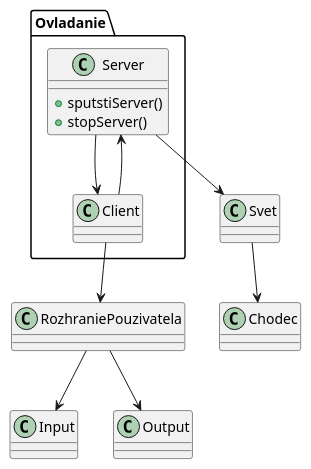
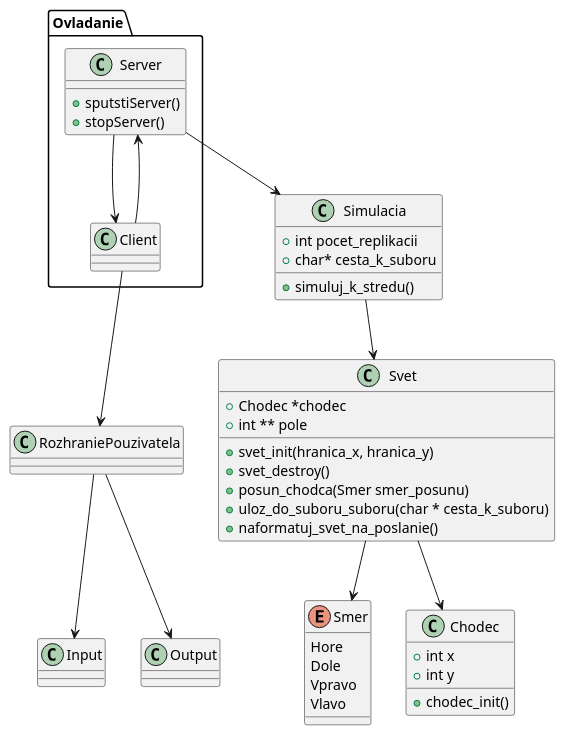
Before and after one commit to Enerek27/Semestralka-POS: the diagram in UML/diagramUML.puml, drawn with PlantUML. The commit also changed 2 other files, not shown here.

Commit message:
zakladne uml

```diff
--- a/UML/diagramUML.puml
+++ b/UML/diagramUML.puml
@@ -1,47 +1,72 @@
 @startuml
 
 
 package Ovladanie {
 
     class Server {
         +sputstiServer()
         +stopServer()
 
     }
 
     class Client {
-
+        
     }
 }
 
-class Chodec {
-
+enum Smer {
+    Hore
+    Dole
+    Vpravo
+    Vlavo
 }
 
-class Svet {
+class Chodec {
+    +int x
+    +int y
+    +chodec_init()
+}
+
+class Simulacia {
+    +int pocet_replikacii
+    +char* cesta_k_suboru
+    +simuluj_k_stredu()
+    
+}
 
 
+class Svet {
+    +Chodec *chodec
+    +int ** pole
+
+    +svet_init(hranica_x, hranica_y)
+    +svet_destroy()
+    +posun_chodca(Smer smer_posunu)
+    +uloz_do_suboru_suboru(char * cesta_k_suboru)
+    +naformatuj_svet_na_poslanie()
 }
 
 class RozhraniePouzivatela {
 
 }
 
 class Input {
 
 }
 
 class Output {
 
 }
 
 ' Spojenia
 
 Svet --> Chodec
 RozhraniePouzivatela --> Input
 RozhraniePouzivatela --> Output
 Client --> RozhraniePouzivatela
-Server --> Svet
+Server --> Simulacia
 Client --> Server
 Server --> Client
+Svet --> Smer
+Simulacia --> Svet
 @enduml
```
